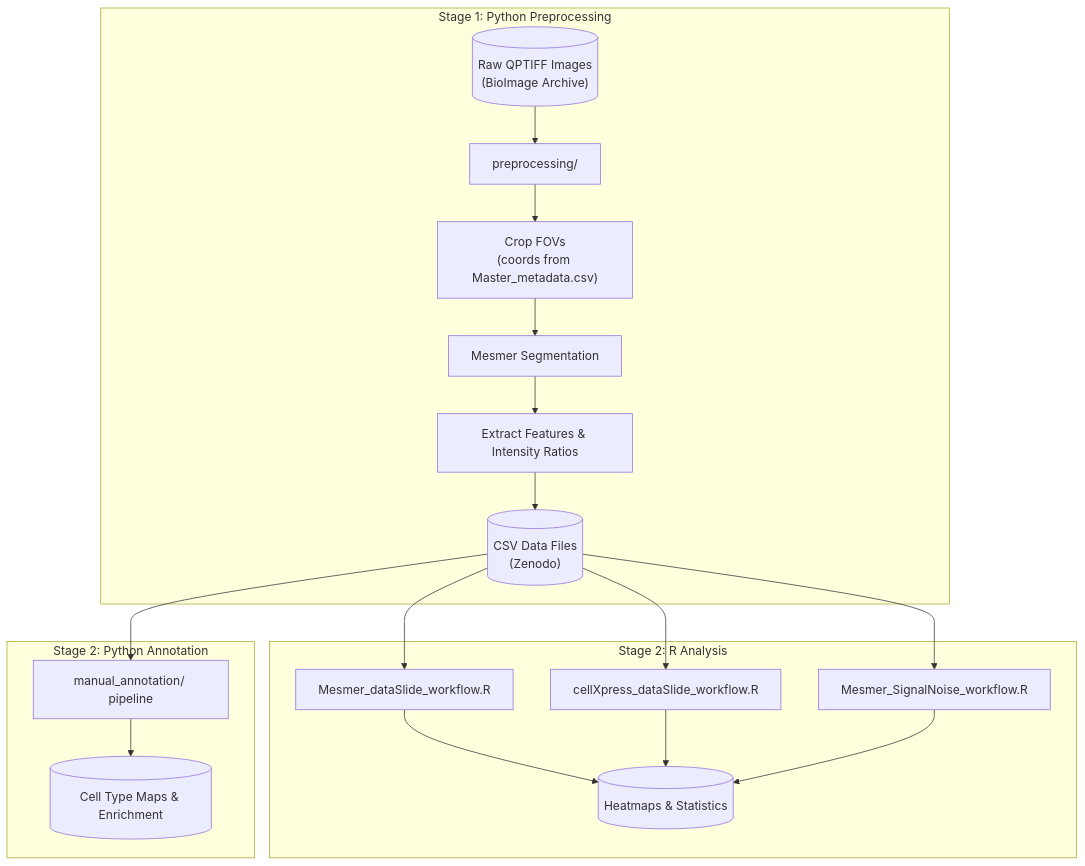
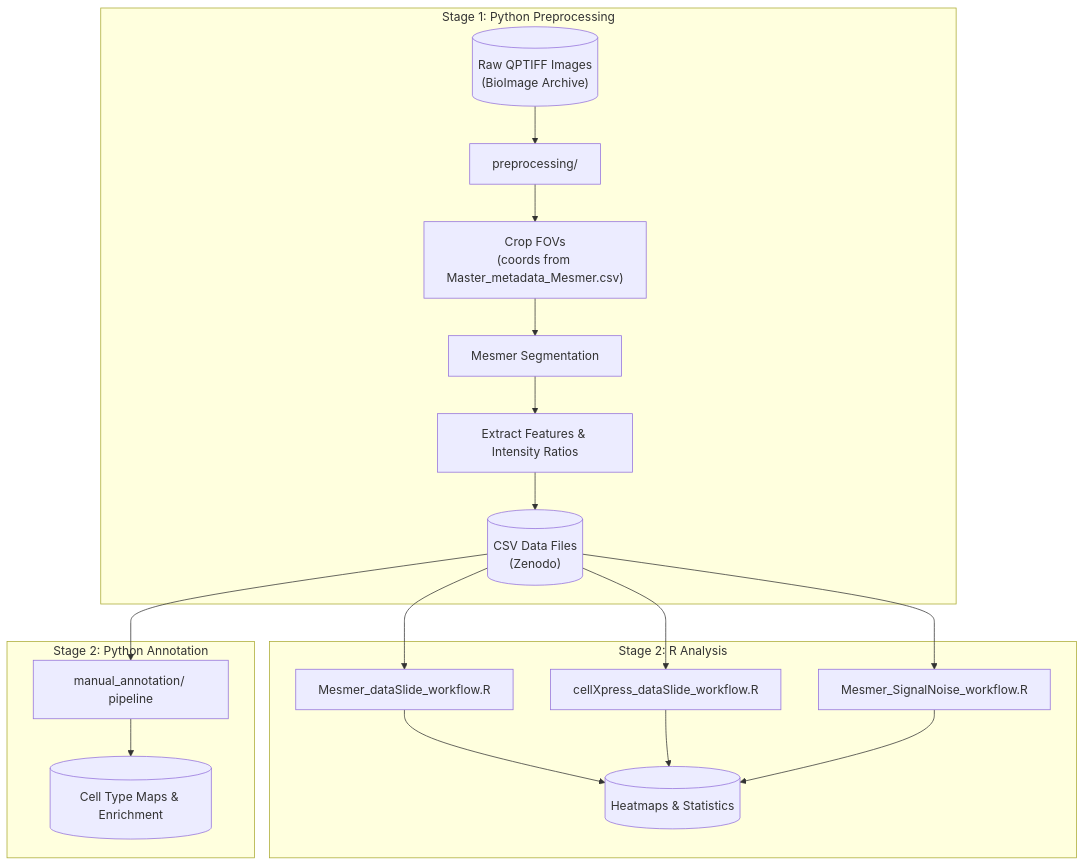
One commit to SizunJiangLab/Benchmarking_tissue_preparation changed the diagram in README.md. Above: the diagram before and after it, drawn with Mermaid. The commit also changed other lines of this file and 4 other files, not shown here.

Commit message:
Add CellXPress master metadata

````diff
--- a/README.md
+++ b/README.md
@@ -68,24 +70,24 @@
 ```mermaid
 flowchart TD
     subgraph stage1["Stage 1: Python Preprocessing"]
         A[("Raw QPTIFF Images<br/>(BioImage Archive)")] --> B["preprocessing/"]
-        B --> C["Crop FOVs<br/>(coords from Master_metadata.csv)"]
+        B --> C["Crop FOVs<br/>(coords from Master_metadata_Mesmer.csv)"]
         C --> D["Mesmer Segmentation"]
         D --> E["Extract Features & Intensity Ratios"]
         E --> F[("CSV Data Files<br/>(Zenodo)")]
     end
 
     subgraph stage2["Stage 2: R Analysis"]
         F --> G["Mesmer_dataSlide_workflow.R"]
         F --> H["cellXpress_dataSlide_workflow.R"]
         F --> I["Mesmer_SignalNoise_workflow.R"]
         G --> J[("Heatmaps & Statistics")]
         H --> J
         I --> J
     end
 
     subgraph stage2b["Stage 2: Python Annotation"]
         F --> K["manual_annotation/ pipeline"]
         K --> L[("Cell Type Maps & Enrichment")]
     end
 ```
````
